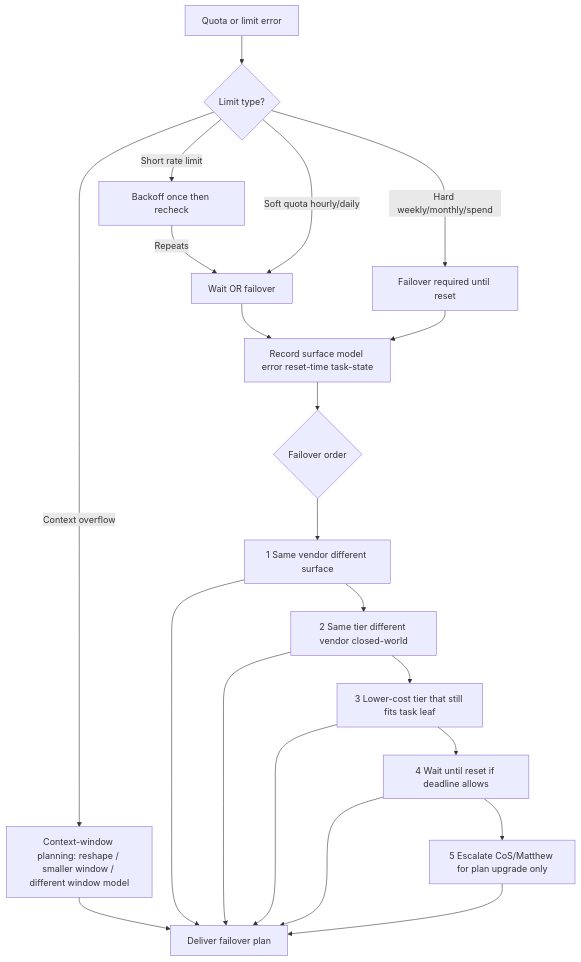
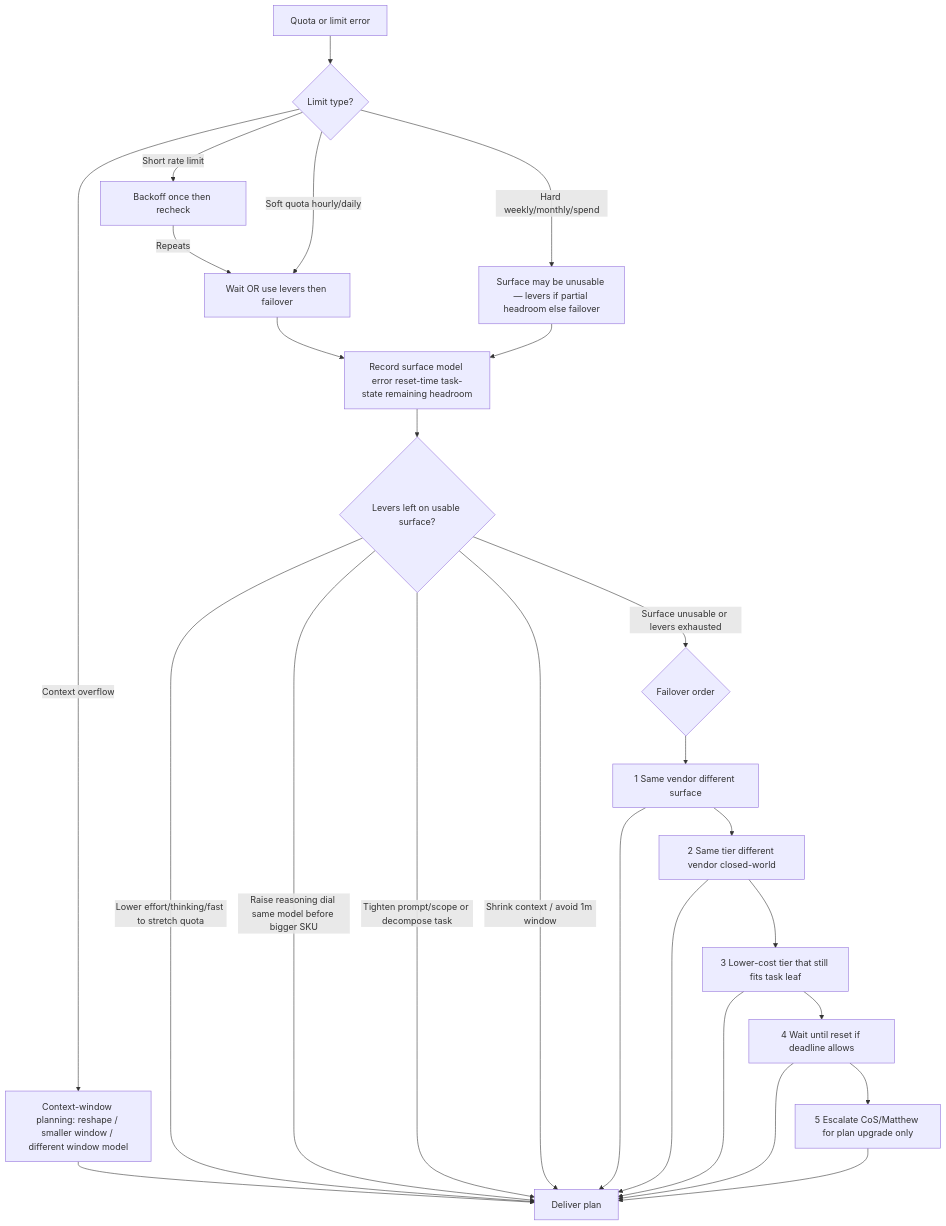
Before and after one commit to mcorbett51090/RavenClaude: the diagram in plugins/ai-coding-model-guidance/knowledge/ai-coding-quota-exhaustion-decision-tree.md, drawn with Mermaid. The commit also changed other lines of this file, not shown here.

Commit message:
feat(ai-coding-model-guidance): quota gate — effort/scope levers before vendor failover

````diff
--- a/plugins/ai-coding-model-guidance/knowledge/ai-coding-quota-exhaustion-decision-tree.md
+++ b/plugins/ai-coding-model-guidance/knowledge/ai-coding-quota-exhaustion-decision-tree.md
@@ -9,23 +9,28 @@
 ```mermaid
 flowchart TD
     START[Quota or limit error] --> CLASS{Limit type?}
     CLASS -->|Context overflow| CTX[Context-window planning: reshape / smaller window / different window model]
     CLASS -->|Short rate limit| BACKOFF[Backoff once then recheck]
     BACKOFF -->|Repeats| SOFT
-    CLASS -->|Soft quota hourly/daily| SOFT[Wait OR failover]
-    CLASS -->|Hard weekly/monthly/spend| HARD[Failover required until reset]
+    CLASS -->|Soft quota hourly/daily| SOFT[Wait OR use levers then failover]
+    CLASS -->|Hard weekly/monthly/spend| HARD[Surface may be unusable — levers if partial headroom else failover]
     SOFT --> REC
     HARD --> REC
-    CTX --> DONE[Deliver failover plan]
-    REC[Record surface model error reset-time task-state] --> ORDER{Failover order}
+    CTX --> DONE[Deliver plan]
+    REC[Record surface model error reset-time task-state remaining headroom] --> LEV{Levers left on usable surface?}
+    LEV -->|Lower effort/thinking/fast to stretch quota| DONE
+    LEV -->|Raise reasoning dial same model before bigger SKU| DONE
+    LEV -->|Tighten prompt/scope or decompose task| DONE
+    LEV -->|Shrink context / avoid 1m window| DONE
+    LEV -->|Surface unusable or levers exhausted| ORDER{Failover order}
     ORDER --> S1[1 Same vendor different surface]
     S1 --> S2[2 Same tier different vendor closed-world]
     S2 --> S3[3 Lower-cost tier that still fits task leaf]
     S3 --> S4[4 Wait until reset if deadline allows]
     S4 --> S5[5 Escalate CoS/Matthew for plan upgrade only]
     S1 --> DONE
     S2 --> DONE
     S3 --> DONE
     S4 --> DONE
     S5 --> DONE
 ```
````
